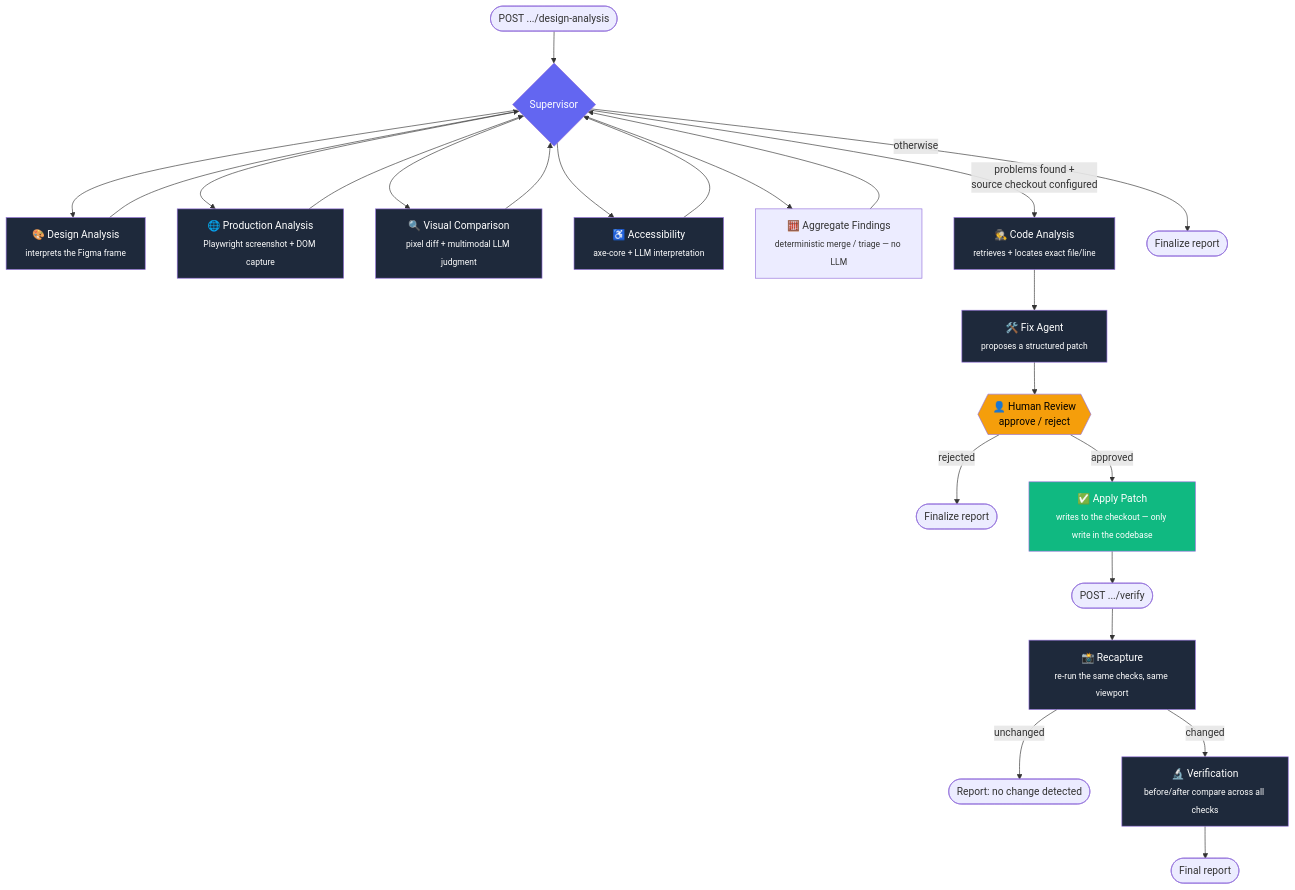
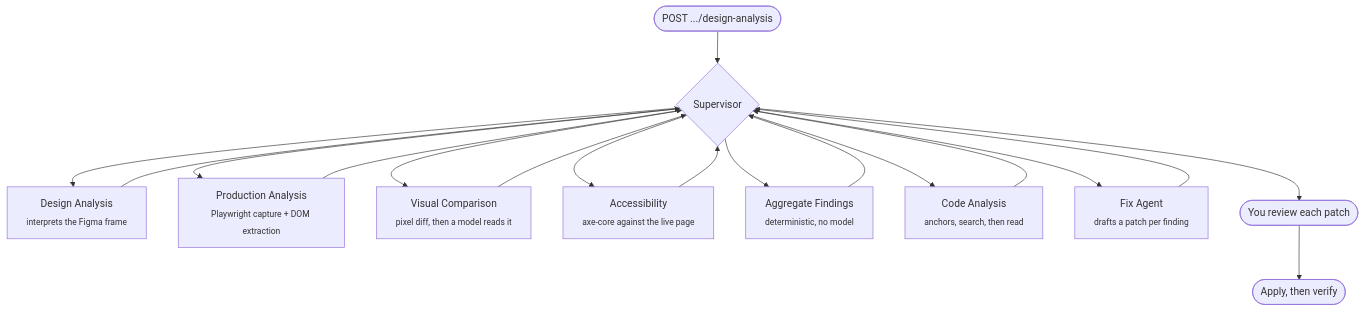
One commit to gauri2029/design-drift changed the diagram in README.md. Above: the diagram before and after it, drawn with Mermaid. The commit also changed other lines of this file and 3 other files, not shown here.

````diff
--- a/README.md
+++ b/README.md
@@ -54,38 +63,20 @@
 ```mermaid
 flowchart TD
     START([POST .../design-analysis]) --> SUP{Supervisor}
-    SUP --> DA[🎨 Design Analysis<br/><sub>interprets the Figma frame</sub>]
+    SUP --> DA[Design Analysis<br/><sub>interprets the Figma frame</sub>]
     DA --> SUP
-    SUP --> PA[🌐 Production Analysis<br/><sub>Playwright screenshot + DOM capture</sub>]
+    SUP --> PA[Production Analysis<br/><sub>Playwright capture + DOM extraction</sub>]
     PA --> SUP
-    SUP --> VC[🔍 Visual Comparison<br/><sub>pixel diff + multimodal LLM judgment</sub>]
+    SUP --> VC[Visual Comparison<br/><sub>pixel diff, then a model reads it</sub>]
     VC --> SUP
-    SUP --> A11Y[♿ Accessibility<br/><sub>axe-core + LLM interpretation</sub>]
-    A11Y --> SUP
-    SUP --> AGG[🧮 Aggregate Findings<br/><sub>deterministic merge / triage — no LLM</sub>]
+    SUP --> AX[Accessibility<br/><sub>axe-core against the live page</sub>]
+    AX --> SUP
+    SUP --> AGG[Aggregate Findings<br/><sub>deterministic, no model</sub>]
     AGG --> SUP
-    SUP -->|problems found +<br/>source checkout configured| CA[🕵️ Code Analysis<br/><sub>retrieves + locates exact file/line</sub>]
-    SUP -->|otherwise| DONE1([Finalize report])
-    CA --> FIX[🛠️ Fix Agent<br/><sub>proposes a structured patch</sub>]
-    FIX --> REVIEW{{"👤 Human Review<br/>approve / reject"}}
-    REVIEW -->|rejected| DONE2([Finalize report])
-    REVIEW -->|approved| APPLY[✅ Apply Patch<br/><sub>writes to the checkout — only write in the codebase</sub>]
-
-    APPLY --> V_START([POST .../verify])
-    V_START --> RECAP[📸 Recapture<br/><sub>re-run the same checks, same viewport</sub>]
-    RECAP -->|unchanged| DONE3([Report: no change detected])
-    RECAP -->|changed| VERIFY[🔬 Verification<br/><sub>before/after compare across all checks</sub>]
-    VERIFY --> DONE4([Final report])
-
-    style SUP fill:#6366f1,color:#fff
-    style REVIEW fill:#f59e0b,color:#000
-    style APPLY fill:#10b981,color:#fff
-    style DA fill:#1e293b,color:#fff
-    style PA fill:#1e293b,color:#fff
-    style VC fill:#1e293b,color:#fff
-    style A11Y fill:#1e293b,color:#fff
-    style CA fill:#1e293b,color:#fff
-    style FIX fill:#1e293b,color:#fff
-    style RECAP fill:#1e293b,color:#fff
-    style VERIFY fill:#1e293b,color:#fff
+    SUP --> CA[Code Analysis<br/><sub>anchors, search, then read</sub>]
+    CA --> SUP
+    SUP --> FIX[Fix Agent<br/><sub>drafts a patch per finding</sub>]
+    FIX --> SUP
+    SUP --> HUMAN([You review each patch])
+    HUMAN --> APPLY([Apply, then verify])
 ```
````
